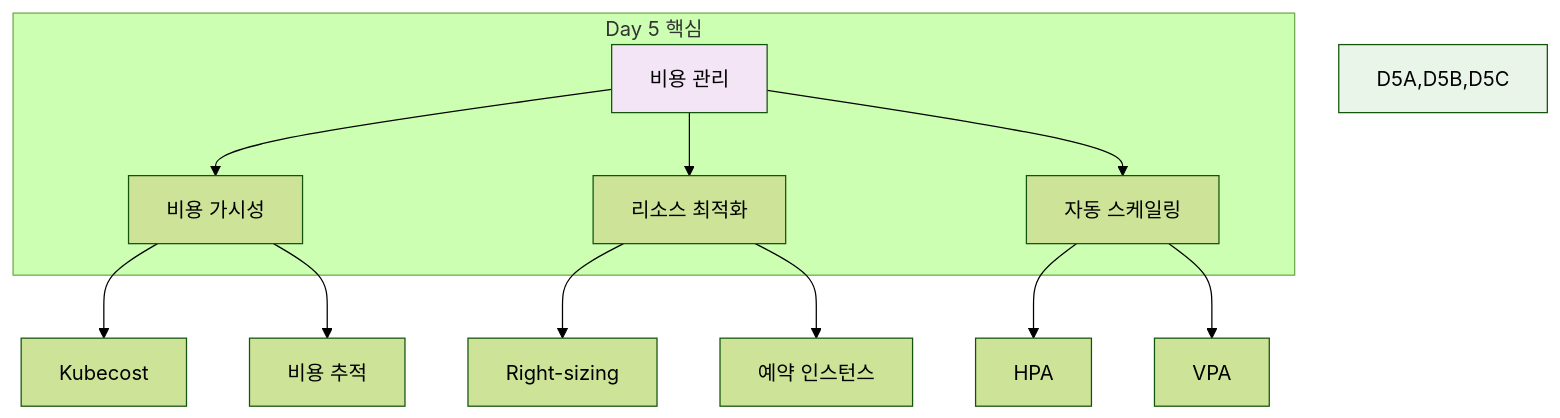
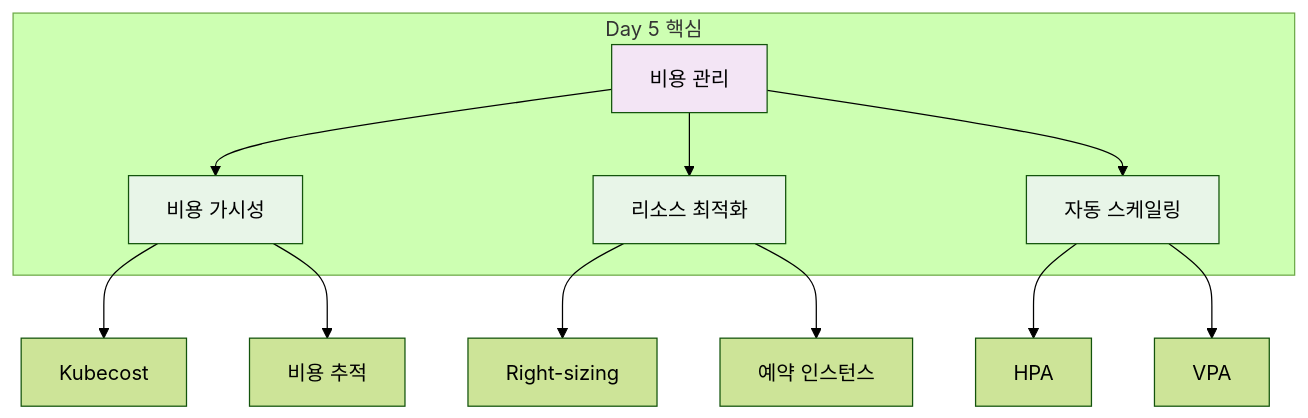
The seventh of 8 diagrams in theory/week_04/day5/session_2.md (niceguy61/kdt_devops_lecture_2025), drawn with Mermaid (forest theme) before and after one commit. The commit also changed other lines of this file and 2 other files, not shown here.

Commit message:
mermaid style 변경

````diff
--- a/theory/week_04/day5/session_2.md
+++ b/theory/week_04/day5/session_2.md
@@ -292,25 +304,27 @@
 ```mermaid
 graph TB
     subgraph "Day 5 핵심"
         D5[비용 관리]
         D5A[비용 가시성]
         D5B[리소스 최적화]
         D5C[자동 스케일링]
     end
     
     D5 --> D5A
     D5 --> D5B
     D5 --> D5C
     
     D5A --> D5A1[Kubecost]
     D5A --> D5A2[비용 추적]
     
     D5B --> D5B1[Right-sizing]
     D5B --> D5B2[예약 인스턴스]
     
     D5C --> D5C1[HPA]
     D5C --> D5C2[VPA]
     
     style D5 fill:#f3e5f5
-    style D5A,D5B,D5C fill:#e8f5e8
+    style D5A fill:#e8f5e8
+    style D5B fill:#e8f5e8
+    style D5C fill:#e8f5e8
 ```
````
